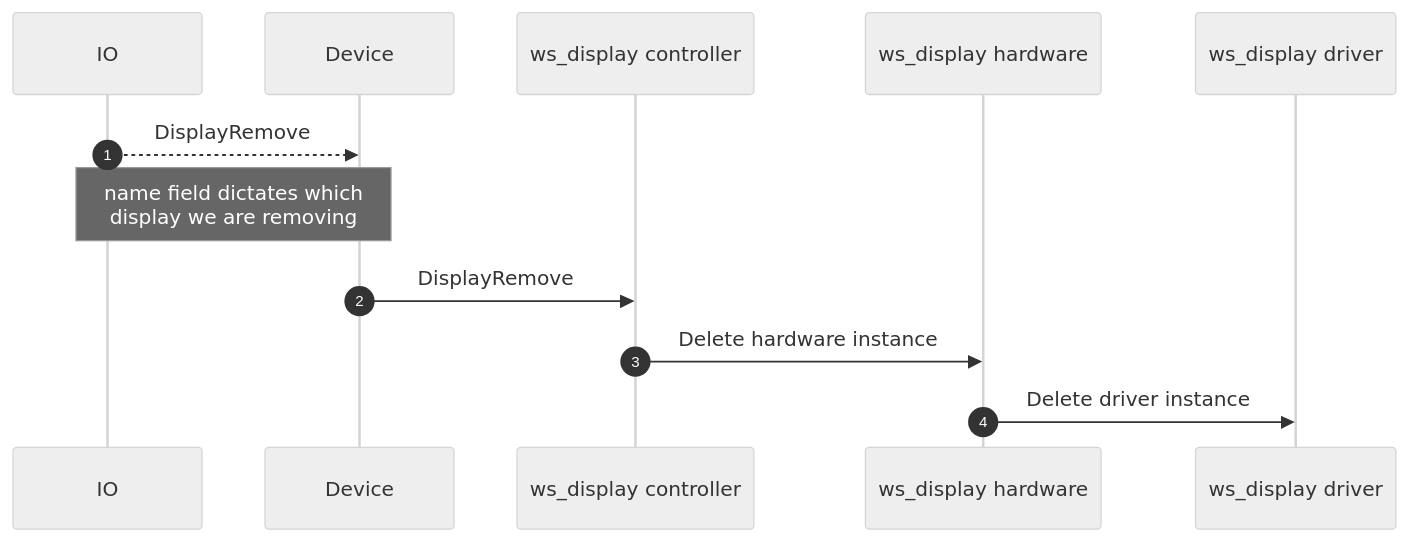
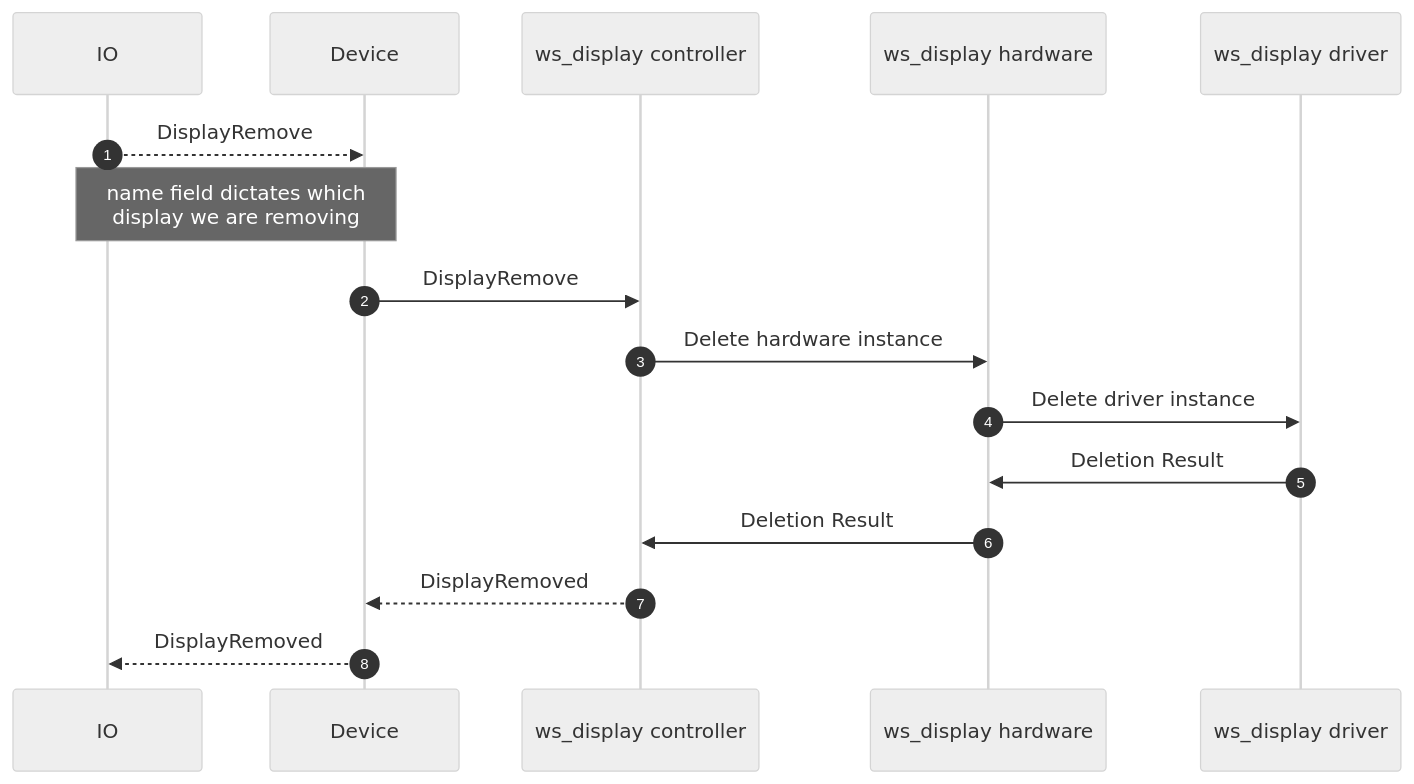
The second of 3 diagrams in proto/wippersnapper/display/v1/display.md (tyeth/Wippersnapper_Protobuf), drawn with Mermaid (neutral theme) before and after one commit. The commit also changed 1 other file, not shown here.

Commit message:
Fix for @lorennorman

````diff
--- a/proto/wippersnapper/display/v1/display.md
+++ b/proto/wippersnapper/display/v1/display.md
@@ -45,13 +45,21 @@
 ```mermaid
 sequenceDiagram
 autonumber
 
 IO-->>Device: DisplayRemove
 Note over IO, Device: name field dictates which<br>display we are removing
 
 Device->>ws_display controller: DisplayRemove
 
 ws_display controller->>ws_display hardware: Delete hardware instance
 
 ws_display hardware->>ws_display driver: Delete driver instance
+
+ws_display driver->>ws_display hardware: Deletion Result
+
+ws_display hardware->>ws_display controller: Deletion Result
+
+ws_display controller-->>Device: DisplayRemoved
+
+Device-->>IO: DisplayRemoved
 ```
````
